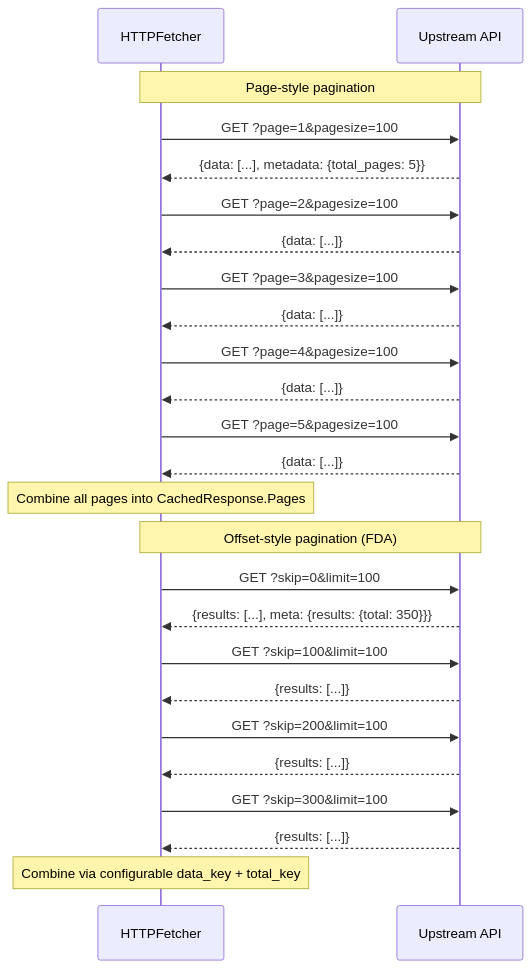
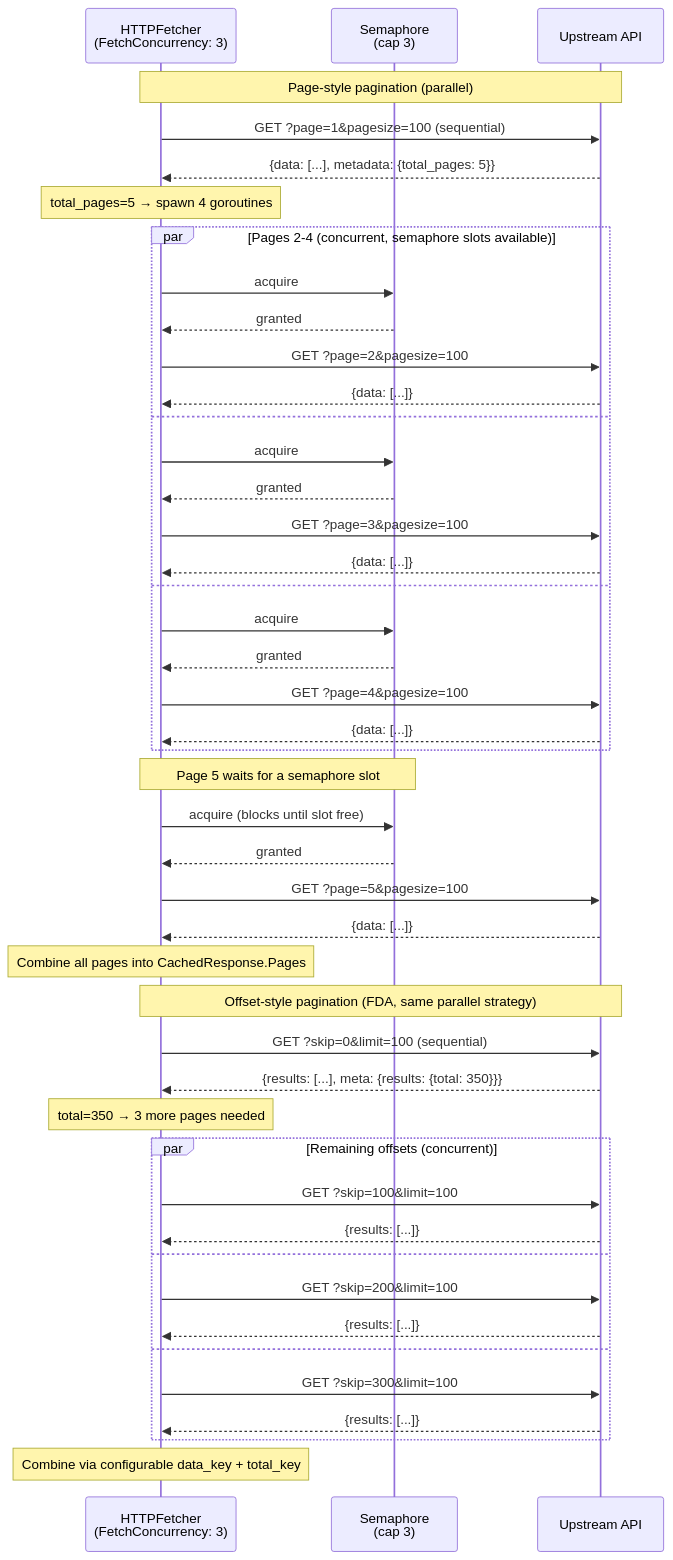
Before and after one commit to finish06/cash-drugs: the eighth of 15 diagrams in docs/sequence-diagram.md, drawn with Mermaid. The commit also changed other lines of this file and 6 other files, not shown here.

First line of the commit message:
docs: update all docs for M10 — diagrams, swagger, changelog, PRD

````diff
--- a/docs/sequence-diagram.md
+++ b/docs/sequence-diagram.md
@@ -292,29 +319,54 @@
 ```mermaid
 sequenceDiagram
-    participant UF as HTTPFetcher
+    participant UF as HTTPFetcher<br/>(FetchConcurrency: 3)
+    participant SEM as Semaphore<br/>(cap 3)
     participant API as Upstream API
 
-    Note over UF,API: Page-style pagination
-    UF->>API: GET ?page=1&pagesize=100
+    Note over UF,API: Page-style pagination (parallel)
+    UF->>API: GET ?page=1&pagesize=100 (sequential)
     API-->>UF: {data: [...], metadata: {total_pages: 5}}
-    UF->>API: GET ?page=2&pagesize=100
-    API-->>UF: {data: [...]}
-    UF->>API: GET ?page=3&pagesize=100
-    API-->>UF: {data: [...]}
-    UF->>API: GET ?page=4&pagesize=100
-    API-->>UF: {data: [...]}
+    Note over UF: total_pages=5 → spawn 4 goroutines
+
+    par Pages 2-4 (concurrent, semaphore slots available)
+        UF->>SEM: acquire
+        SEM-->>UF: granted
+        UF->>API: GET ?page=2&pagesize=100
+        API-->>UF: {data: [...]}
+    and
+        UF->>SEM: acquire
+        SEM-->>UF: granted
+        UF->>API: GET ?page=3&pagesize=100
+        API-->>UF: {data: [...]}
+    and
+        UF->>SEM: acquire
+        SEM-->>UF: granted
+        UF->>API: GET ?page=4&pagesize=100
+        API-->>UF: {data: [...]}
+    end
+
+    Note over UF,SEM: Page 5 waits for a semaphore slot
+    UF->>SEM: acquire (blocks until slot free)
+    SEM-->>UF: granted
     UF->>API: GET ?page=5&pagesize=100
     API-->>UF: {data: [...]}
+
     Note over UF: Combine all pages into CachedResponse.Pages
 
-    Note over UF,API: Offset-style pagination (FDA)
-    UF->>API: GET ?skip=0&limit=100
+    Note over UF,API: Offset-style pagination (FDA, same parallel strategy)
+    UF->>API: GET ?skip=0&limit=100 (sequential)
     API-->>UF: {results: [...], meta: {results: {total: 350}}}
-    UF->>API: GET ?skip=100&limit=100
-    API-->>UF: {results: [...]}
-    UF->>API: GET ?skip=200&limit=100
-    API-->>UF: {results: [...]}
-    UF->>API: GET ?skip=300&limit=100
-    API-->>UF: {results: [...]}
+    Note over UF: total=350 → 3 more pages needed
+
+    par Remaining offsets (concurrent)
+        UF->>API: GET ?skip=100&limit=100
+        API-->>UF: {results: [...]}
+    and
+        UF->>API: GET ?skip=200&limit=100
+        API-->>UF: {results: [...]}
+    and
+        UF->>API: GET ?skip=300&limit=100
+        API-->>UF: {results: [...]}
+    end
+
     Note over UF: Combine via configurable data_key + total_key
 ```
````
